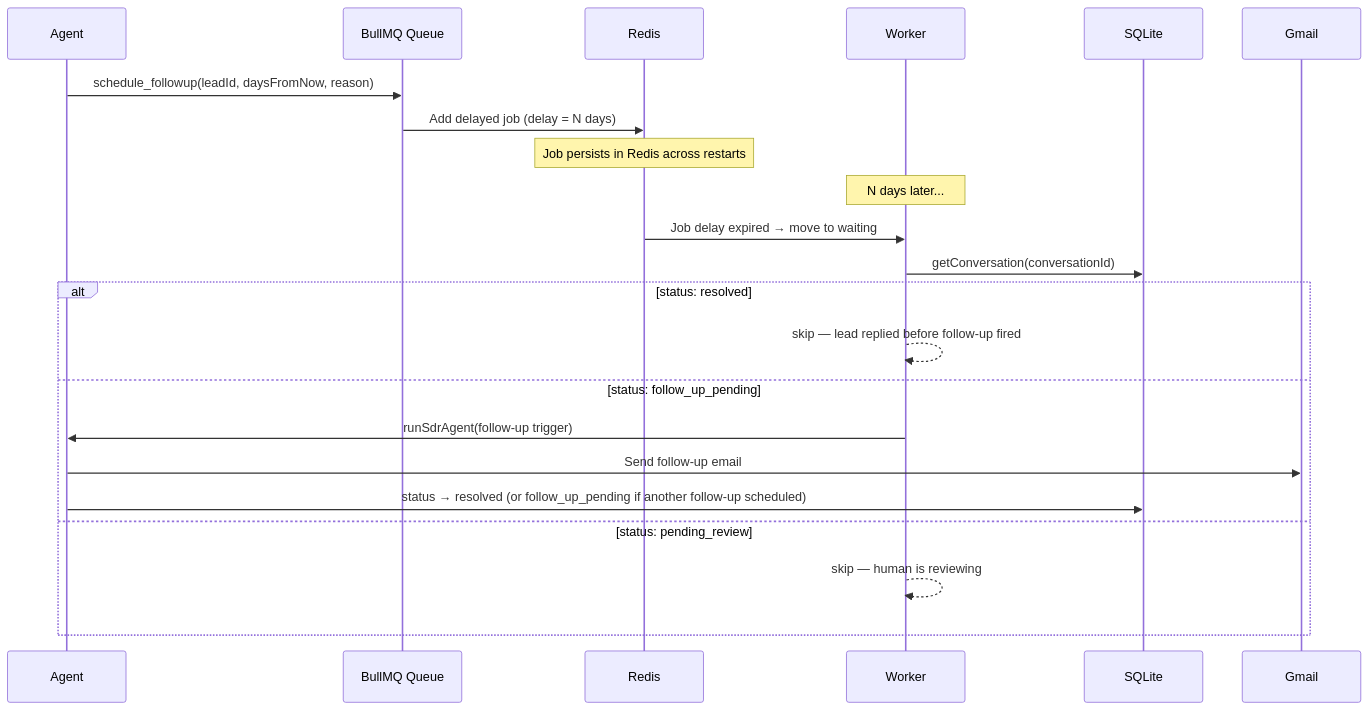
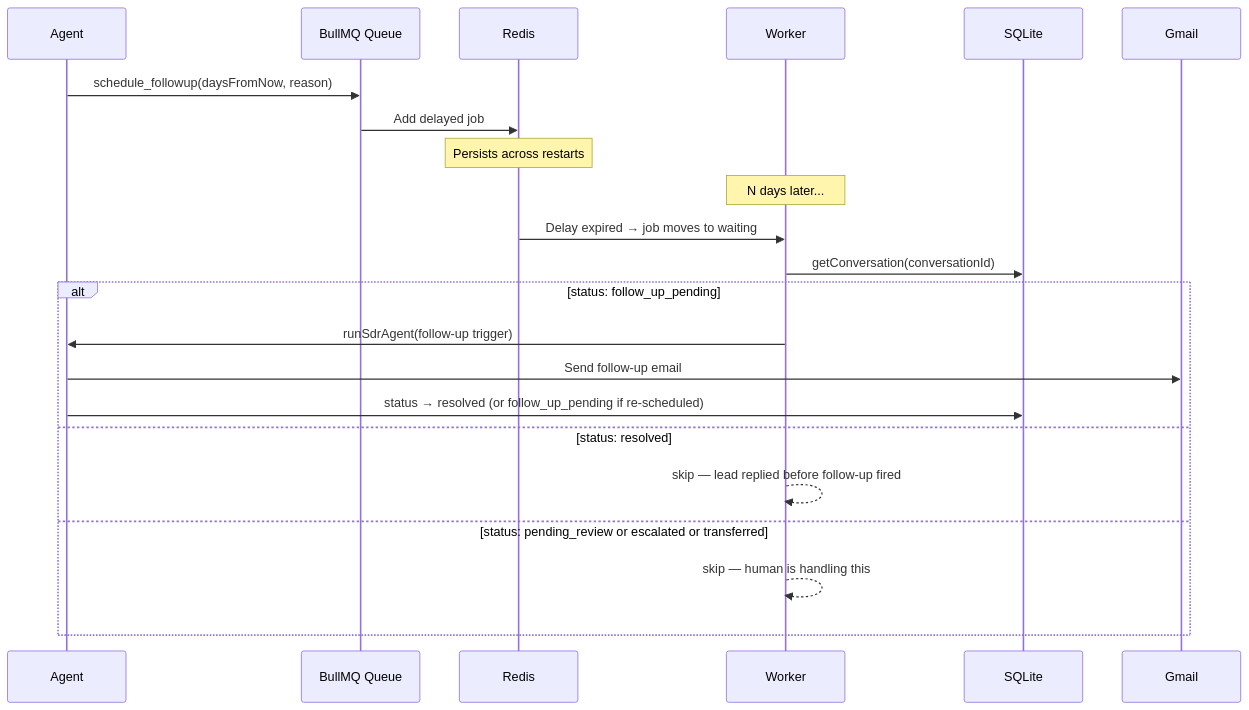
The fourth of 5 diagrams in README.md (adityaswarupparida/sdr-workflow), drawn with Mermaid before and after one commit. The commit also changed other lines of this file and 3 other files, not shown here.

Commit message:
docs: update README diagrams to reflect current agent flow, status routing, and lifecycle

````diff
--- a/README.md
+++ b/README.md
@@ -129,27 +136,27 @@
 ```mermaid
 sequenceDiagram
     participant A as Agent
     participant Q as BullMQ Queue
     participant R as Redis
     participant W as Worker
     participant DB as SQLite
     participant G as Gmail
 
-    A->>Q: schedule_followup(leadId, daysFromNow, reason)
-    Q->>R: Add delayed job (delay = N days)
-    Note over R: Job persists in Redis across restarts
+    A->>Q: schedule_followup(daysFromNow, reason)
+    Q->>R: Add delayed job
+    Note over R: Persists across restarts
 
     Note over W: N days later...
-    R->>W: Job delay expired → move to waiting
+    R->>W: Delay expired → job moves to waiting
     W->>DB: getConversation(conversationId)
 
-    alt status: resolved
-        W-->>W: skip — lead replied before follow-up fired
-    else status: follow_up_pending
+    alt status: follow_up_pending
         W->>A: runSdrAgent(follow-up trigger)
         A->>G: Send follow-up email
-        A->>DB: status → resolved (or follow_up_pending if another follow-up scheduled)
-    else status: pending_review
-        W-->>W: skip — human is reviewing
+        A->>DB: status → resolved (or follow_up_pending if re-scheduled)
+    else status: resolved
+        W-->>W: skip — lead replied before follow-up fired
+    else status: pending_review or escalated or transferred
+        W-->>W: skip — human is handling this
     end
 ```
````
